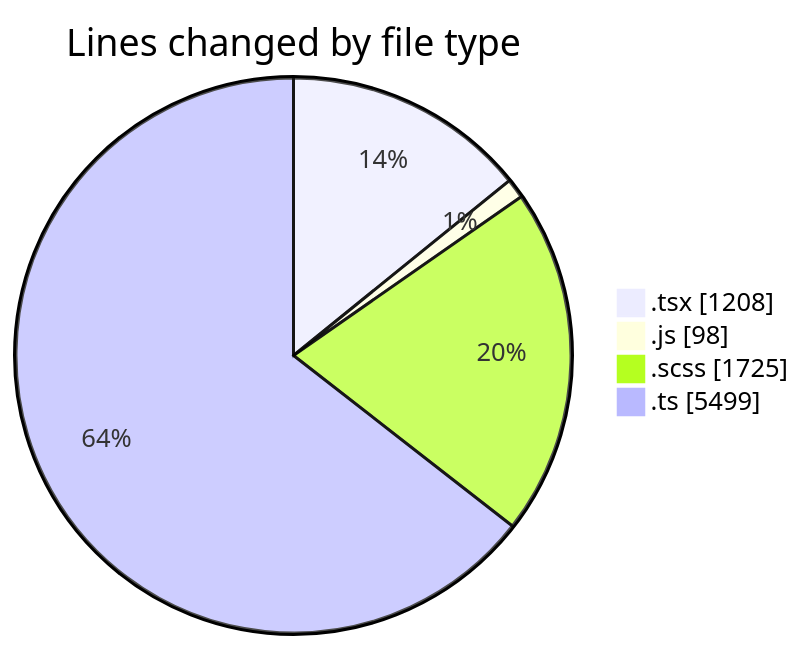
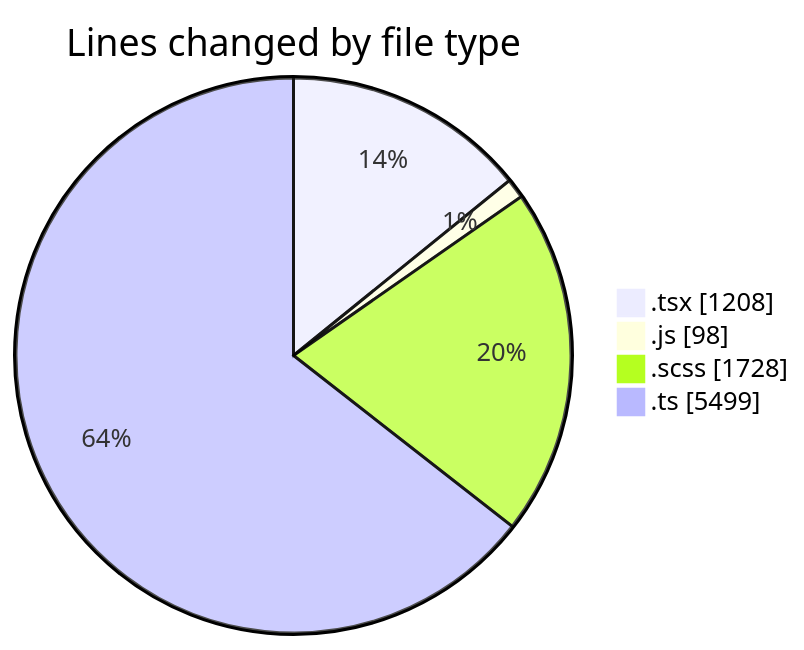
The first of 2 diagrams in 2025-03-31/cda/README.md (momahboobian/code-tracking), drawn with Mermaid before and after one commit. The commit also changed other lines of this file and 1 other file, not shown here.

````diff
--- a/2025-03-31/cda/README.md
+++ b/2025-03-31/cda/README.md
@@ -39,8 +39,8 @@
 ```mermaid
 pie showData
 title Lines changed by file type
 ".tsx" : 1208
 ".js" : 98
-".scss" : 1725
+".scss" : 1728
 ".ts" : 5499
 ```
````
